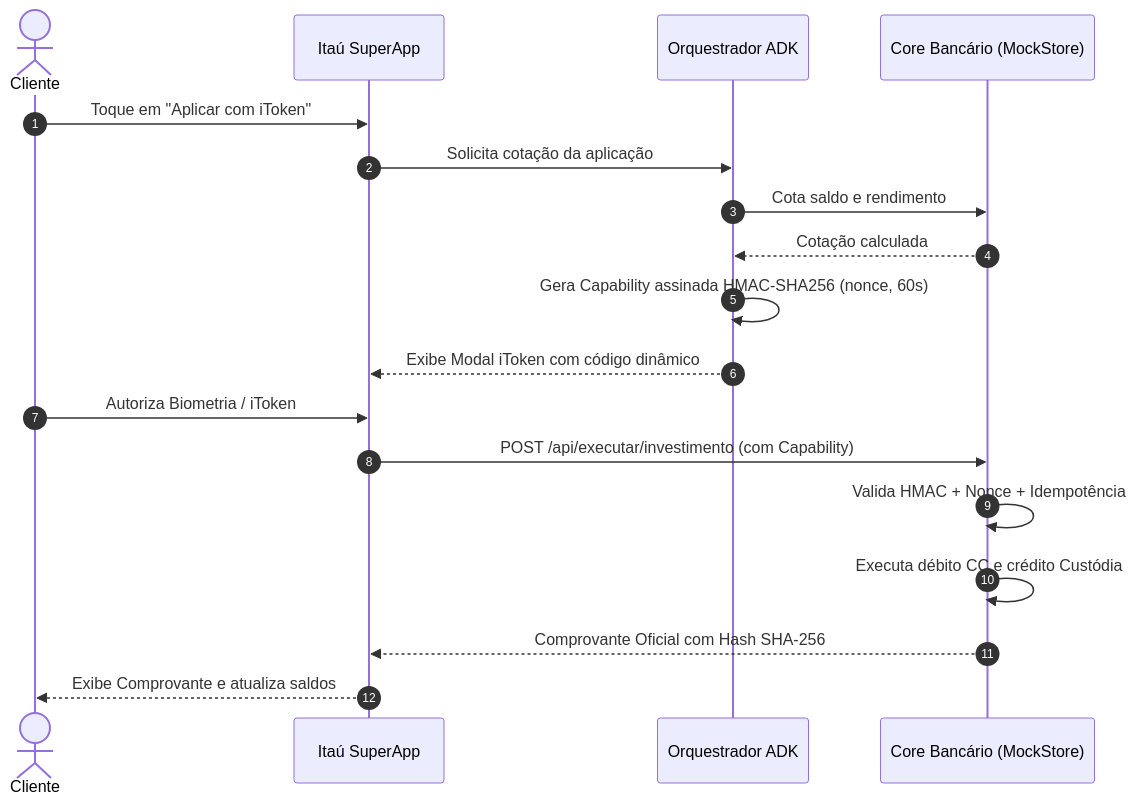
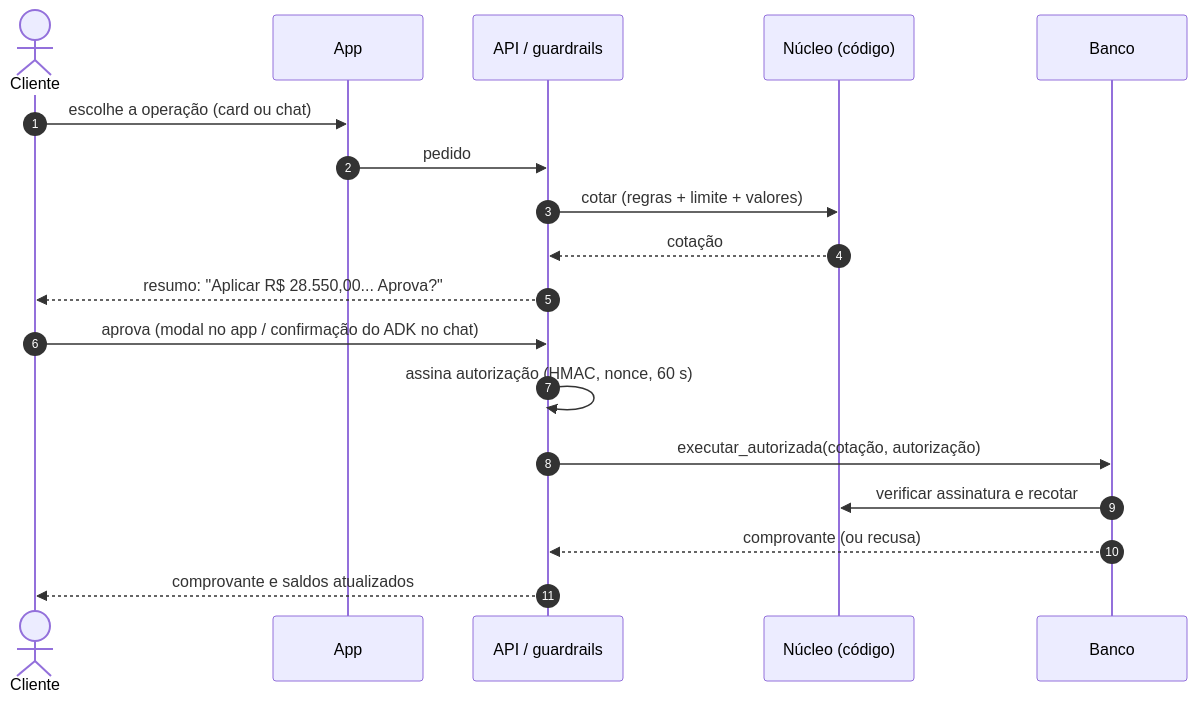
Before and after one commit to lucianoon/aplicai: the diagram in docs/ARQUITETURA_E_ADRS.md, drawn with Mermaid. The commit also changed other lines of this file and 1 other file, not shown here.

First line of the commit message:
docs: ADRs e IA responsável alinhados ao código e ao posicionamento atual

````diff
--- a/docs/ARQUITETURA_E_ADRS.md
+++ b/docs/ARQUITETURA_E_ADRS.md
@@ -79,21 +74,21 @@
 ```mermaid
 sequenceDiagram
     autonumber
     actor Cliente
-    participant Front as Itaú SuperApp
-    participant Host as Orquestrador ADK
-    participant Core as Core Bancário (MockStore)
+    participant App
+    participant Sistema as API / guardrails
+    participant Nucleo as Núcleo (código)
+    participant Banco
 
-    Cliente->>Front: Toque em "Aplicar com iToken"
-    Front->>Host: Solicita cotação da aplicação
-    Host->>Core: Cota saldo e rendimento
-    Core-->>Host: Cotação calculada
-    Host->>Host: Gera Capability assinada HMAC-SHA256 (nonce, 60s)
-    Host-->>Front: Exibe Modal iToken com código dinâmico
-    Cliente->>Front: Autoriza Biometria / iToken
-    Front->>Core: POST /api/executar/investimento (com Capability)
-    Core->>Core: Valida HMAC + Nonce + Idempotência
-    Core->>Core: Executa débito CC e crédito Custódia
-    Core-->>Front: Comprovante Oficial com Hash SHA-256
-    Front-->>Cliente: Exibe Comprovante e atualiza saldos
+    Cliente->>App: escolhe a operação (card ou chat)
+    App->>Sistema: pedido
+    Sistema->>Nucleo: cotar (regras + limite + valores)
+    Nucleo-->>Sistema: cotação
+    Sistema-->>Cliente: resumo: "Aplicar R$ 28.550,00... Aprova?"
+    Cliente->>Sistema: aprova (modal no app / confirmação do ADK no chat)
+    Sistema->>Sistema: assina autorização (HMAC, nonce, 60 s)
+    Sistema->>Banco: executar_autorizada(cotação, autorização)
+    Banco->>Nucleo: verificar assinatura e recotar
+    Banco-->>Sistema: comprovante (ou recusa)
+    Sistema-->>Cliente: comprovante e saldos atualizados
 ```
````
